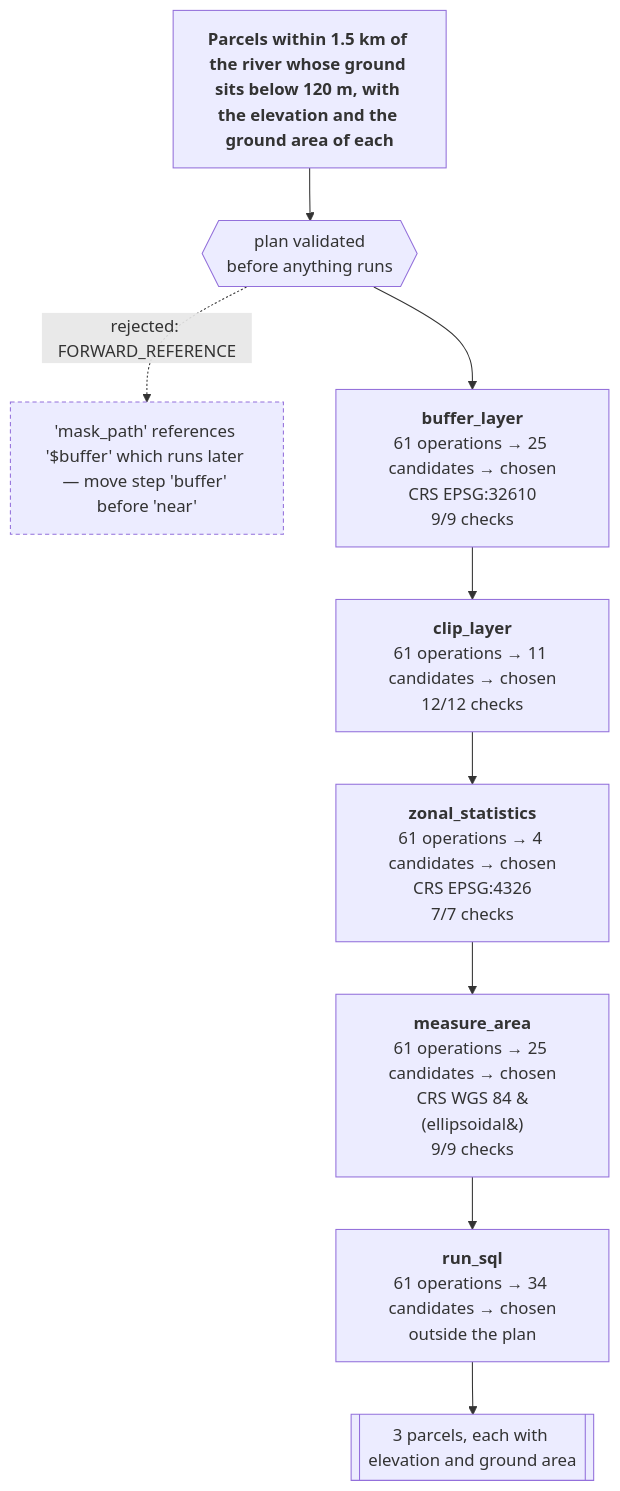
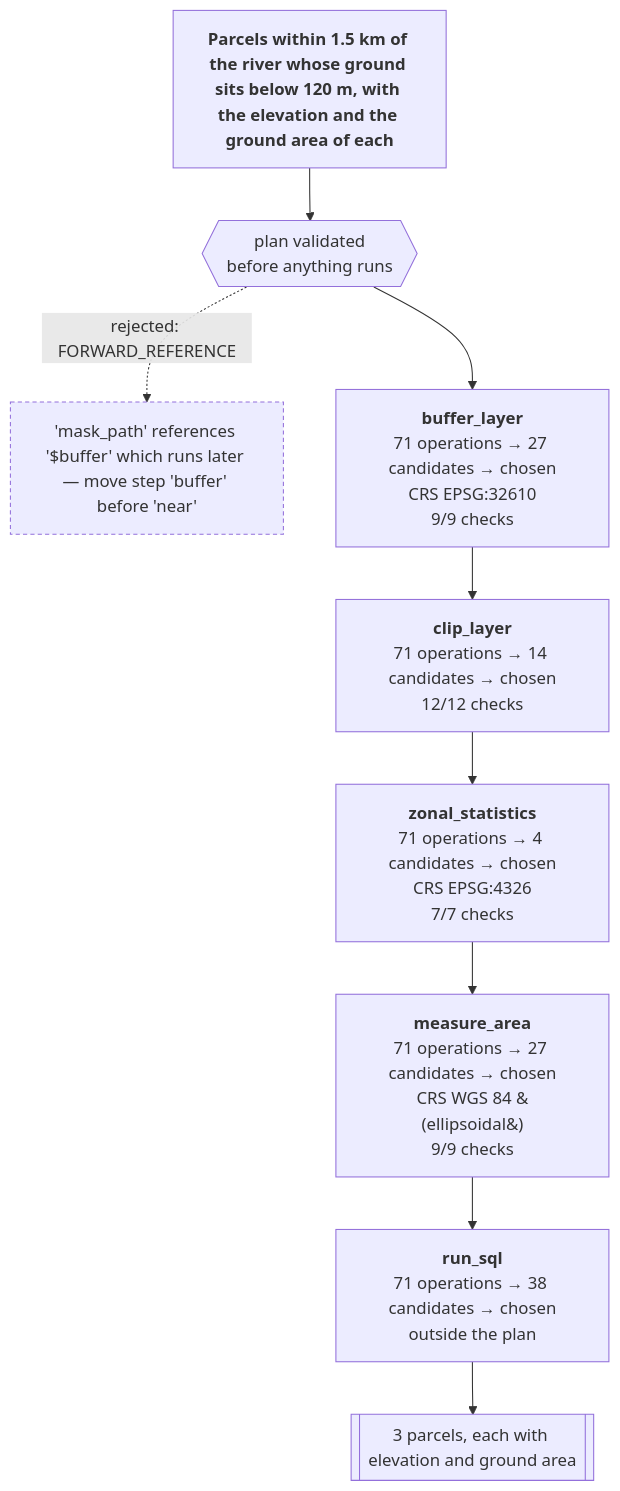
One commit to mapsmith-ai/MapSmith changed the diagram in README.md. Above: the diagram before and after it, drawn with Mermaid. The commit also changed other lines of this file and 14 other files, not shown here.

First line of the commit message:
Ten more operations, chosen by what the catalogue could not answer

````diff
--- a/README.md
+++ b/README.md
@@ -494,20 +507,20 @@
 ```mermaid
 flowchart TB
   ASK["<b>Parcels within 1.5 km of the river whose ground sits below 120 m, with the elevation and the ground area of each</b>"]
   ASK --> PLAN{{"plan validated<br/>before anything runs"}}
   PLAN -. "rejected: FORWARD_REFERENCE" .-> BAD["'mask_path' references '$buffer' which runs later — move step 'buffer' before 'near'"]
   BAD:::bad
-  BUFFER["<b>buffer_layer</b><br/>61 operations &rarr; 25 candidates &rarr; chosen<br/>CRS EPSG:32610<br/>9/9 checks"]
+  BUFFER["<b>buffer_layer</b><br/>71 operations &rarr; 27 candidates &rarr; chosen<br/>CRS EPSG:32610<br/>9/9 checks"]
   PLAN --> BUFFER
-  NEAR["<b>clip_layer</b><br/>61 operations &rarr; 11 candidates &rarr; chosen<br/>12/12 checks"]
+  NEAR["<b>clip_layer</b><br/>71 operations &rarr; 14 candidates &rarr; chosen<br/>12/12 checks"]
   BUFFER --> NEAR
-  HEIGHT["<b>zonal_statistics</b><br/>61 operations &rarr; 4 candidates &rarr; chosen<br/>CRS EPSG:4326<br/>7/7 checks"]
+  HEIGHT["<b>zonal_statistics</b><br/>71 operations &rarr; 4 candidates &rarr; chosen<br/>CRS EPSG:4326<br/>7/7 checks"]
   NEAR --> HEIGHT
-  AREA["<b>measure_area</b><br/>61 operations &rarr; 25 candidates &rarr; chosen<br/>CRS WGS 84 &#40;ellipsoidal&#41;<br/>9/9 checks"]
+  AREA["<b>measure_area</b><br/>71 operations &rarr; 27 candidates &rarr; chosen<br/>CRS WGS 84 &#40;ellipsoidal&#41;<br/>9/9 checks"]
   HEIGHT --> AREA
-  FILTER["<b>run_sql</b><br/>61 operations &rarr; 34 candidates &rarr; chosen<br/>outside the plan"]
+  FILTER["<b>run_sql</b><br/>71 operations &rarr; 38 candidates &rarr; chosen<br/>outside the plan"]
   AREA --> FILTER
   OUT[["3 parcels, each with elevation and ground area"]]
   FILTER --> OUT
   classDef bad stroke-dasharray: 4 3
 ```
````
